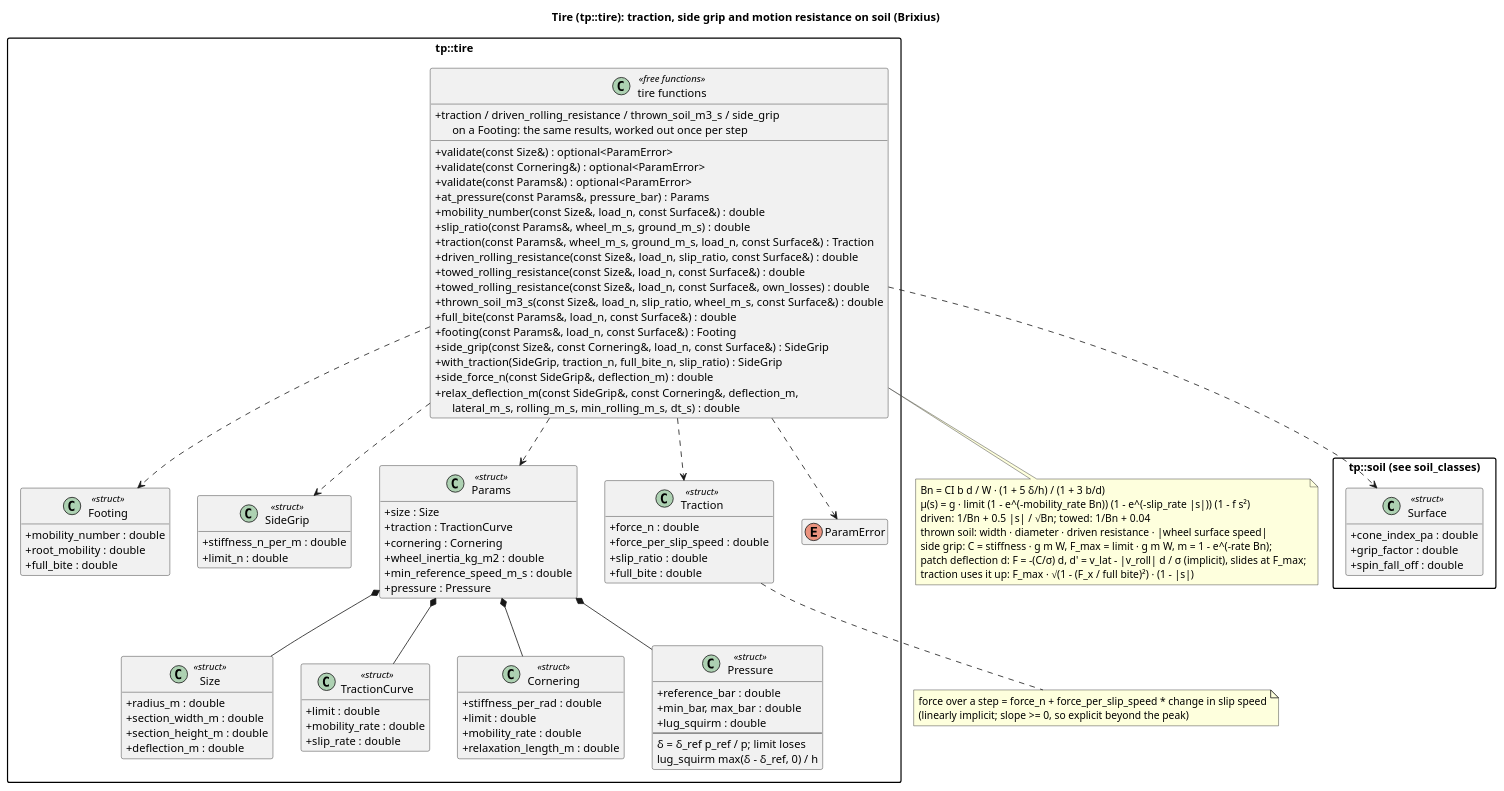
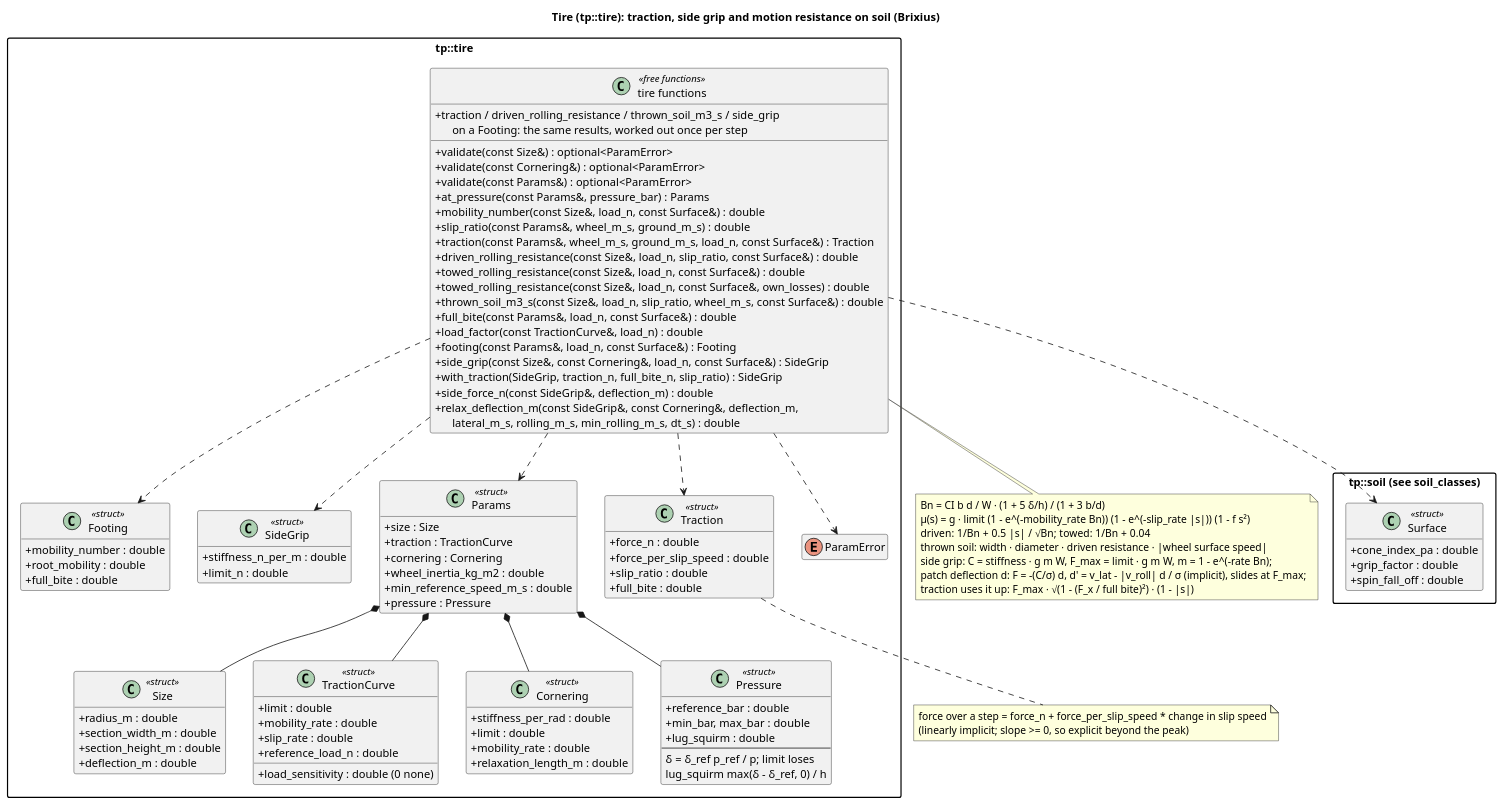
Before and after one commit to wversteeg/TractorPulling: the diagram in docs/diagrams/tire_classes.puml, drawn with PlantUML. The commit also changed 20 other files, not shown here.

First line of the commit message:
Docs, diagrams and track tips for the low hook

```diff
--- a/docs/diagrams/tire_classes.puml
+++ b/docs/diagrams/tire_classes.puml
@@ -1,109 +1,112 @@
 @startuml tire_classes
 title Tire (tp::tire): traction, side grip and motion resistance on soil (Brixius)
 hide empty members
 skinparam packageStyle rectangle
 skinparam classAttributeIconSize 0
 
 package "tp::soil (see soil_classes)" {
   class Surface <<struct>> {
     +cone_index_pa : double
     +grip_factor : double
     +spin_fall_off : double
   }
 }
 
 package "tp::tire" {
   class Size <<struct>> {
     +radius_m : double
     +section_width_m : double
     +section_height_m : double
     +deflection_m : double
   }
   class TractionCurve <<struct>> {
     +limit : double
     +mobility_rate : double
     +slip_rate : double
+    +load_sensitivity : double (0 none)
+    +reference_load_n : double
   }
   class Cornering <<struct>> {
     +stiffness_per_rad : double
     +limit : double
     +mobility_rate : double
     +relaxation_length_m : double
   }
   class Footing <<struct>> {
     +mobility_number : double
     +root_mobility : double
     +full_bite : double
   }
   class SideGrip <<struct>> {
     +stiffness_n_per_m : double
     +limit_n : double
   }
   class Params <<struct>> {
     +size : Size
     +traction : TractionCurve
     +cornering : Cornering
     +wheel_inertia_kg_m2 : double
     +min_reference_speed_m_s : double
     +pressure : Pressure
   }
   class Pressure <<struct>> {
     +reference_bar : double
     +min_bar, max_bar : double
     +lug_squirm : double
     --
     δ = δ_ref p_ref / p; limit loses
     lug_squirm max(δ - δ_ref, 0) / h
   }
   class Traction <<struct>> {
     +force_n : double
     +force_per_slip_speed : double
     +slip_ratio : double
     +full_bite : double
   }
   enum ParamError
   class "tire functions" as TireFns <<free functions>> {
     +validate(const Size&) : optional<ParamError>
     +validate(const Cornering&) : optional<ParamError>
     +validate(const Params&) : optional<ParamError>
     +at_pressure(const Params&, pressure_bar) : Params
     +mobility_number(const Size&, load_n, const Surface&) : double
     +slip_ratio(const Params&, wheel_m_s, ground_m_s) : double
     +traction(const Params&, wheel_m_s, ground_m_s, load_n, const Surface&) : Traction
     +driven_rolling_resistance(const Size&, load_n, slip_ratio, const Surface&) : double
     +towed_rolling_resistance(const Size&, load_n, const Surface&) : double
     +towed_rolling_resistance(const Size&, load_n, const Surface&, own_losses) : double
     +thrown_soil_m3_s(const Size&, load_n, slip_ratio, wheel_m_s, const Surface&) : double
     +full_bite(const Params&, load_n, const Surface&) : double
+    +load_factor(const TractionCurve&, load_n) : double
     +footing(const Params&, load_n, const Surface&) : Footing
     +traction / driven_rolling_resistance / thrown_soil_m3_s / side_grip\n      on a Footing: the same results, worked out once per step
     +side_grip(const Size&, const Cornering&, load_n, const Surface&) : SideGrip
     +with_traction(SideGrip, traction_n, full_bite_n, slip_ratio) : SideGrip
     +side_force_n(const SideGrip&, deflection_m) : double
     +relax_deflection_m(const SideGrip&, const Cornering&, deflection_m,\n      lateral_m_s, rolling_m_s, min_rolling_m_s, dt_s) : double
   }
   Params *-- Size
   Params *-- TractionCurve
   Params *-- Cornering
   Params *-- Pressure
   TireFns ..> SideGrip
   TireFns ..> Footing
   TireFns ..> Params
   TireFns ..> Traction
   TireFns ..> ParamError
   TireFns ..> Surface
 }
 note bottom of TireFns
   Bn = CI b d / W · (1 + 5 δ/h) / (1 + 3 b/d)
   μ(s) = g · limit (1 - e^(-mobility_rate Bn)) (1 - e^(-slip_rate |s|)) (1 - f s²)
   driven: 1/Bn + 0.5 |s| / √Bn;  towed: 1/Bn + 0.04
   thrown soil: width · diameter · driven resistance · |wheel surface speed|
   side grip: C = stiffness · g m W, F_max = limit · g m W, m = 1 - e^(-rate Bn);
   patch deflection d: F = -(C/σ) d, d' = v_lat - |v_roll| d / σ (implicit), slides at F_max;
   traction uses it up: F_max · √(1 - (F_x / full bite)²) · (1 - |s|)
 end note
 note bottom of Traction
   force over a step = force_n + force_per_slip_speed * change in slip speed
   (linearly implicit; slope >= 0, so explicit beyond the peak)
 end note
 @enduml
```
